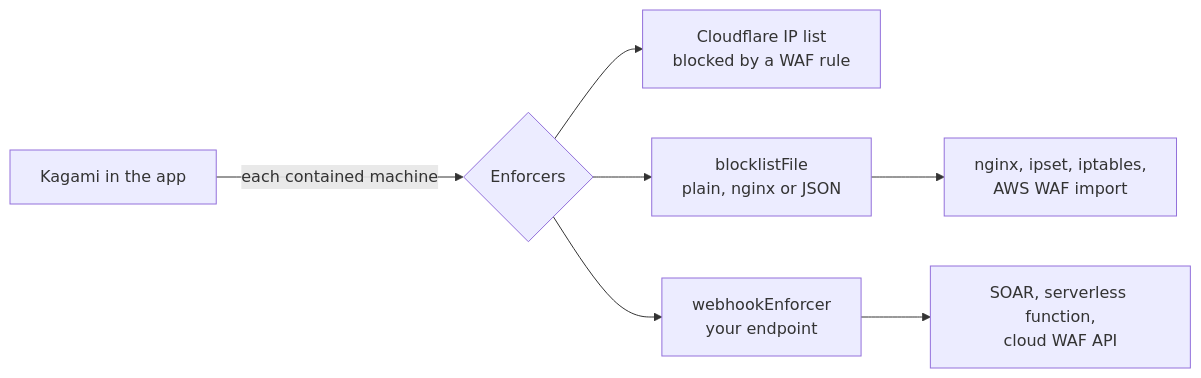
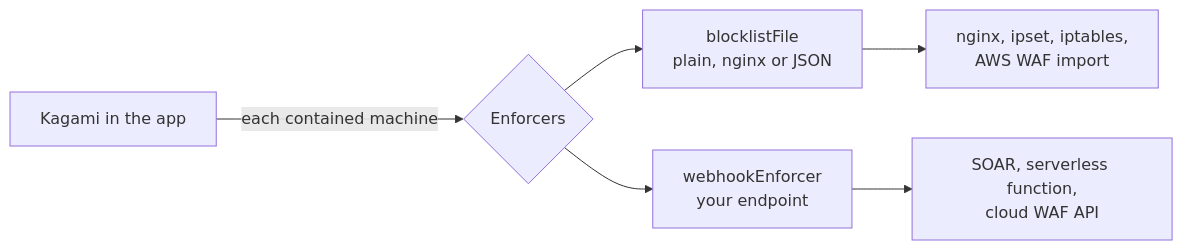
One commit to agenticslabs-xyz/lurensic changed the fifth of 5 diagrams in docs/guides/how-it-works.md. Above: the diagram before and after it, drawn with Mermaid. The commit also changed 25 other files, not shown here.

````diff
--- a/docs/guides/how-it-works.md
+++ b/docs/guides/how-it-works.md
@@ -109,9 +109,8 @@
 ```mermaid
 flowchart LR
     K["Kagami in the app"] -->|"each contained machine"| E{"Enforcers"}
-    E --> CF["Cloudflare IP list<br/>blocked by a WAF rule"]
     E --> F["blocklistFile<br/>plain, nginx or JSON"]
     E --> W["webhookEnforcer<br/>your endpoint"]
     F --> N["nginx, ipset, iptables,<br/>AWS WAF import"]
     W --> S["SOAR, serverless function,<br/>cloud WAF API"]
 ```
````
